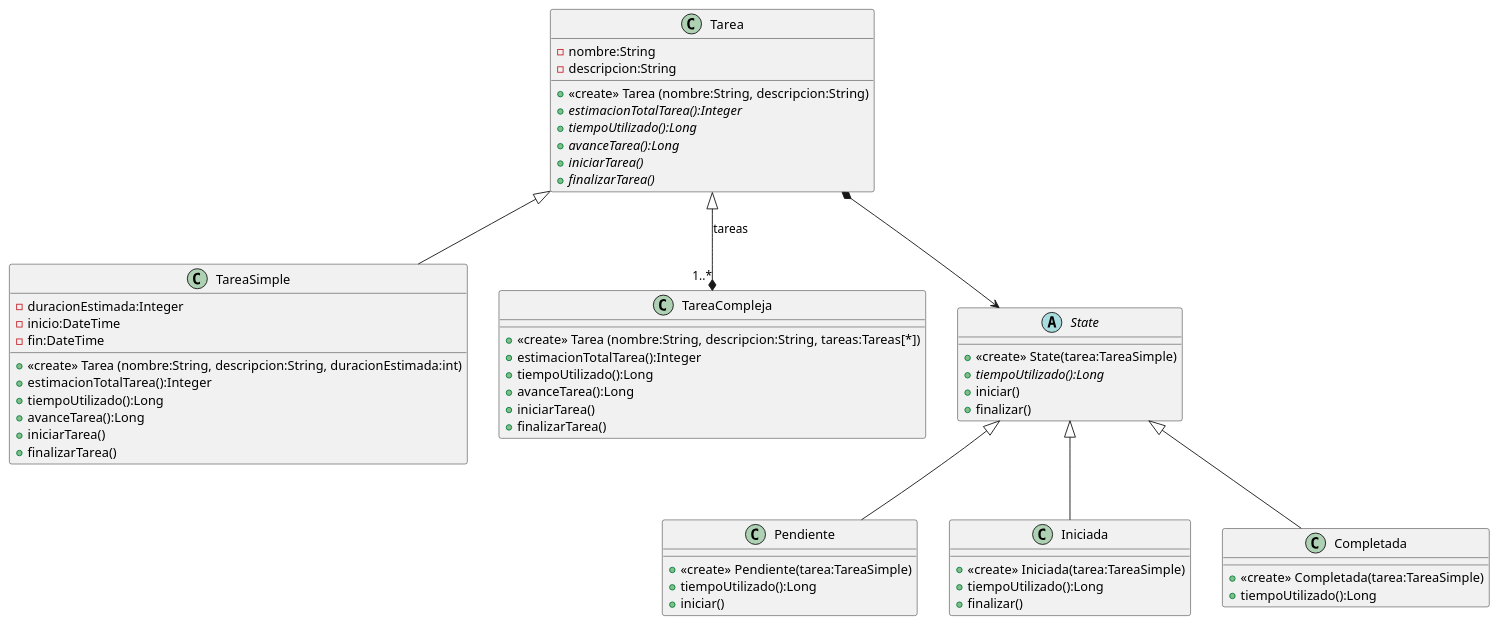
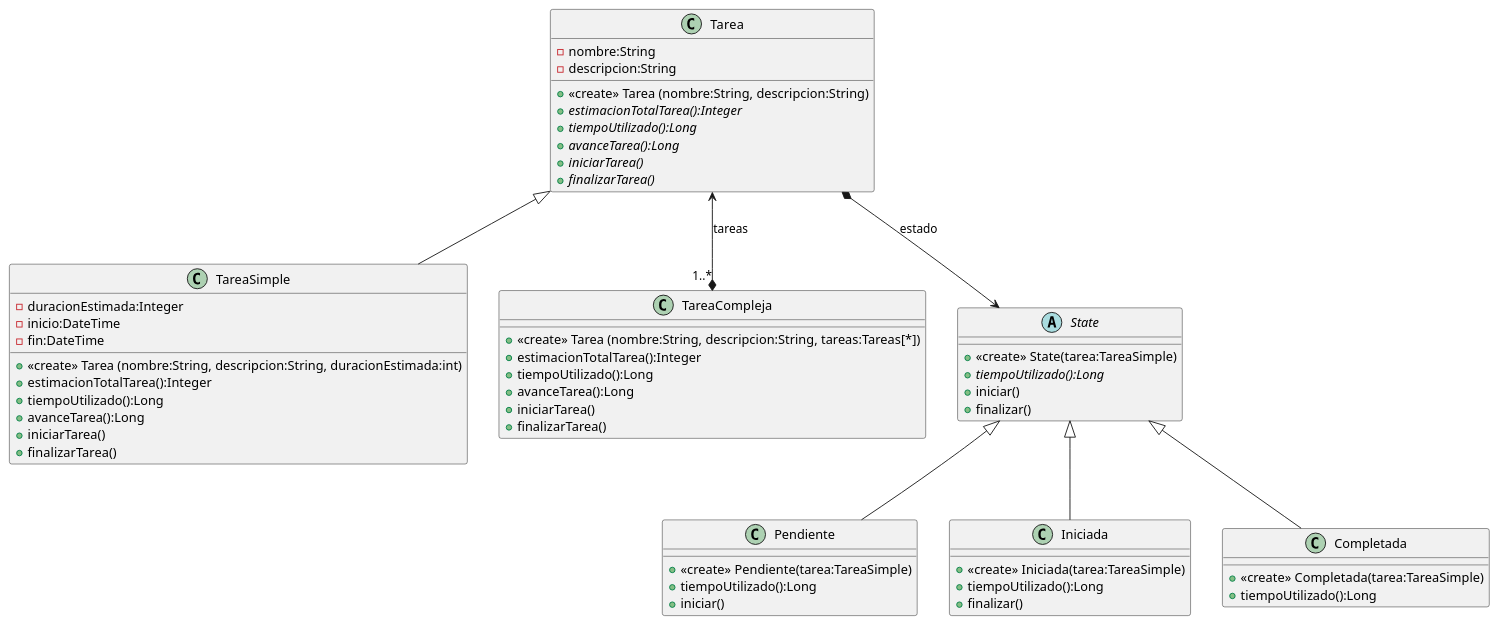
Before and after one commit to Ruyy7/OO2: the diagram in Parciales/Parcial/UML.wsd, drawn with PlantUML. The commit also changed 1 other file, not shown here.

Commit message:
Repasando UML patrones

```diff
--- a/Parciales/Parcial/UML.wsd
+++ b/Parciales/Parcial/UML.wsd
@@ -1,78 +1,78 @@
 @startuml UML
 Tarea <|-- TareaSimple
-Tarea <|--* "1..*" TareaCompleja: tareas
+Tarea <--* "1..*" TareaCompleja: tareas
 
 together{
     class TareaSimple
     class TareaCompleja
 }
 
 abstract class Tarea {
     -nombre:String
     -descripcion:String
     + <<create>> Tarea (nombre:String, descripcion:String)
     +{abstract} estimacionTotalTarea():Integer
     +{abstract} tiempoUtilizado():Long
     +{abstract} avanceTarea():Long
     +{abstract} iniciarTarea()
     +{abstract} finalizarTarea()
 }
 
 
 class TareaSimple {
     -duracionEstimada:Integer
     -inicio:DateTime
     -fin:DateTime
     
     + <<create>> Tarea (nombre:String, descripcion:String, duracionEstimada:int)
     + estimacionTotalTarea():Integer
     + tiempoUtilizado():Long
     + avanceTarea():Long
     + iniciarTarea()
     + finalizarTarea()
 }
 
 class TareaCompleja {
     + <<create>> Tarea (nombre:String, descripcion:String, tareas:Tareas[*])
     + estimacionTotalTarea():Integer
     + tiempoUtilizado():Long
     + avanceTarea():Long
     + iniciarTarea()
     + finalizarTarea()
 }
 
 together {
     class Tarea
     class State
 }
 
 State <|-- Pendiente
 State <|-- Iniciada
 State <|-- Completada
-Tarea *--> State
+Tarea *--> State : estado
 
 abstract class State{
     + <<create>> State(tarea:TareaSimple)
     + {abstract} tiempoUtilizado():Long
     + iniciar()
     + finalizar()
 }
 
 class Pendiente {
     + <<create>> Pendiente(tarea:TareaSimple)
     + tiempoUtilizado():Long
     + iniciar()
 }
 
 class Iniciada {
     + <<create>> Iniciada(tarea:TareaSimple)
     + tiempoUtilizado():Long
     + finalizar()
 }
 
 class Completada{
     + <<create>> Completada(tarea:TareaSimple)
     + tiempoUtilizado():Long
 }
 
 @enduml
```
